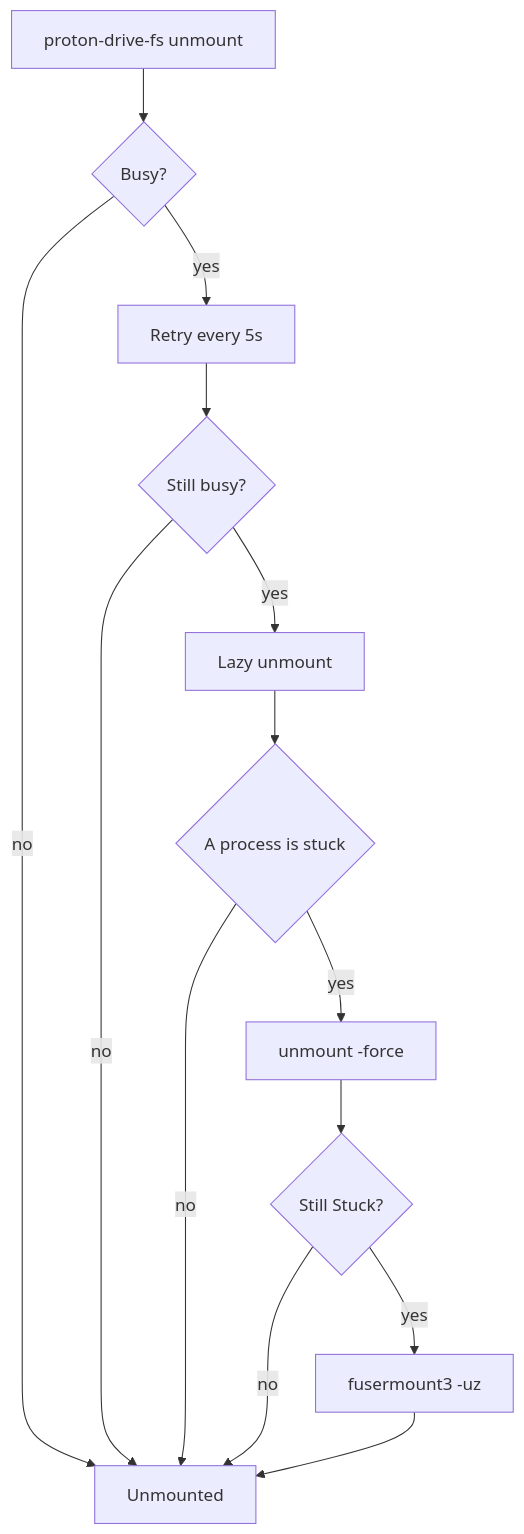
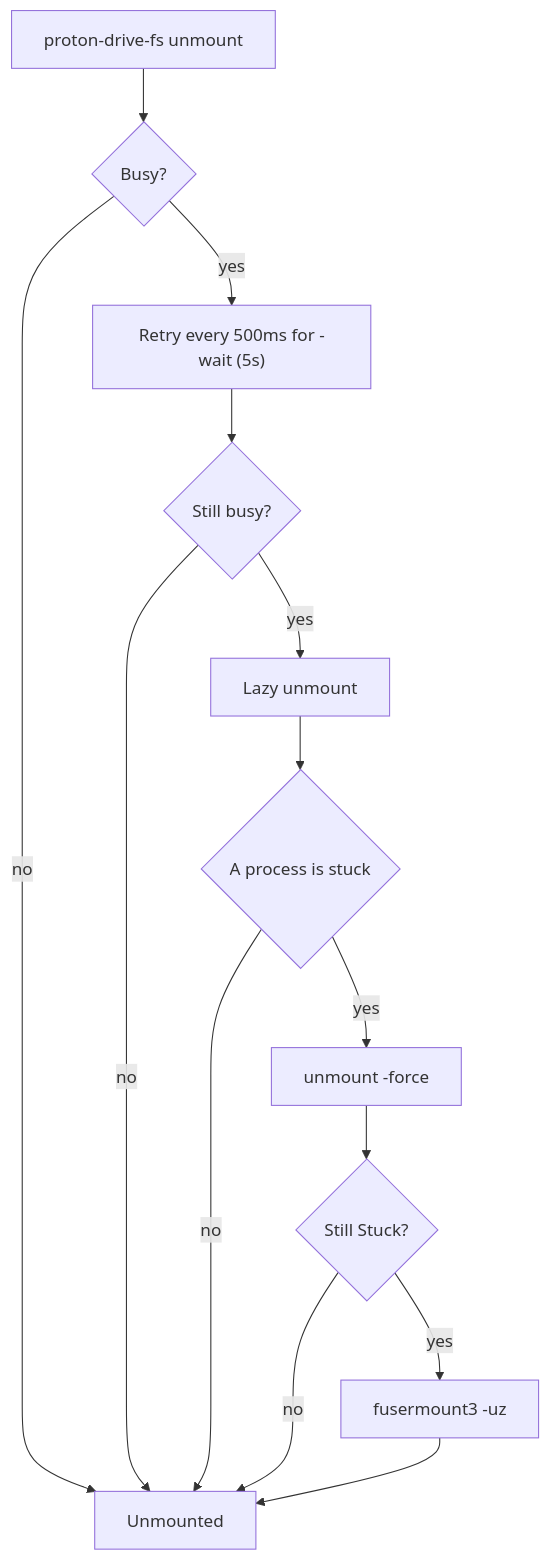
Before and after one commit to khaosdoctor/proton-drive-linux-fs: the diagram in docs/troubleshooting.md, drawn with Mermaid. The commit also changed other lines of this file and 9 other files, not shown here.

````diff
--- a/docs/troubleshooting.md
+++ b/docs/troubleshooting.md
@@ -60,16 +58,16 @@
 ```mermaid
 flowchart TD
     Start["proton-drive-fs unmount"] --> Busy{"Busy?"}
     Busy -- no --> Done["Unmounted"]
-    Busy -- yes --> Wait["Retry every 5s"]
+    Busy -- yes --> Wait["Retry every 500ms for -wait (5s)"]
     Wait --> StillBusy{"Still busy?"}
     StillBusy -- no --> Done
     StillBusy -- yes --> Lazy["Lazy unmount"]
     Lazy --> Stuck{"A process is stuck"}
     Stuck -- yes --> Force["unmount -force"]
     Stuck -- no --> Done
     Force --> StillStuck{"Still Stuck?"}
     StillStuck -- yes --> Kill["fusermount3 -uz"]
     StillStuck -- no --> Done
     Kill --> Done
 ```
````
